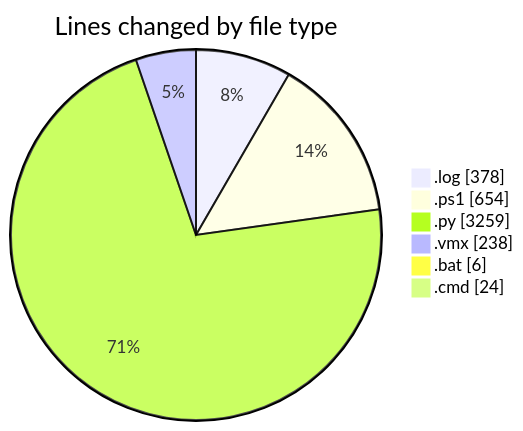
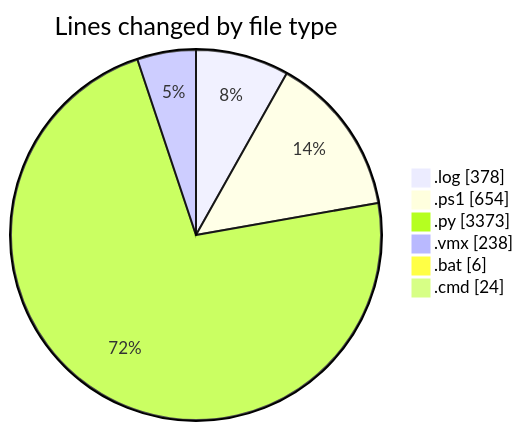
Before and after one commit to shibass792/code-tracking: the first of 2 diagrams in 2026-07-08/twenty_versions_aminor/README.md, drawn with Mermaid. The commit also changed other lines of this file and 1 other file, not shown here.

````diff
--- a/2026-07-08/twenty_versions_aminor/README.md
+++ b/2026-07-08/twenty_versions_aminor/README.md
@@ -35,10 +36,10 @@
 ```mermaid
 pie showData
 title Lines changed by file type
 ".log" : 378
 ".ps1" : 654
-".py" : 3259
+".py" : 3373
 ".vmx" : 238
 ".bat" : 6
 ".cmd" : 24
 ```
````
